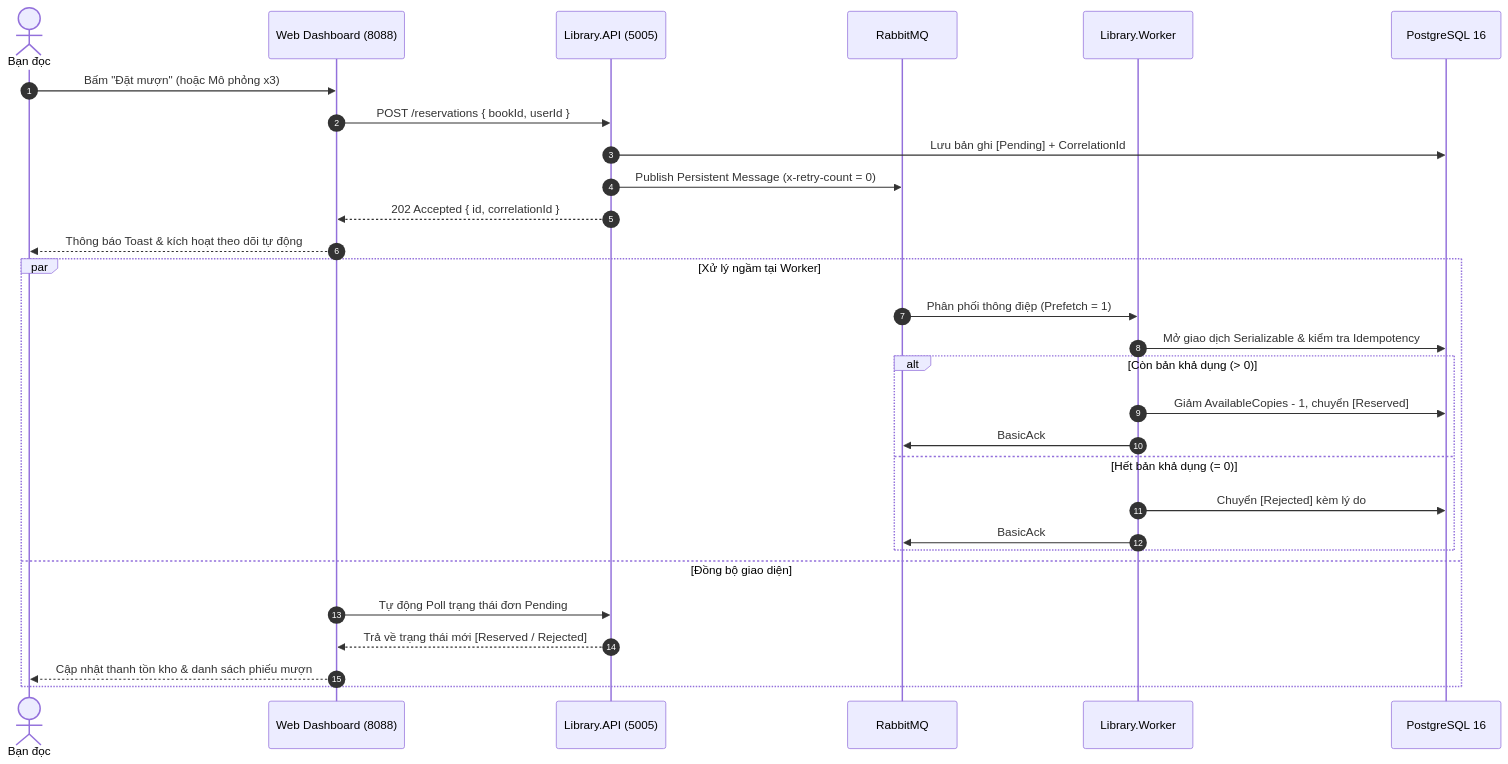
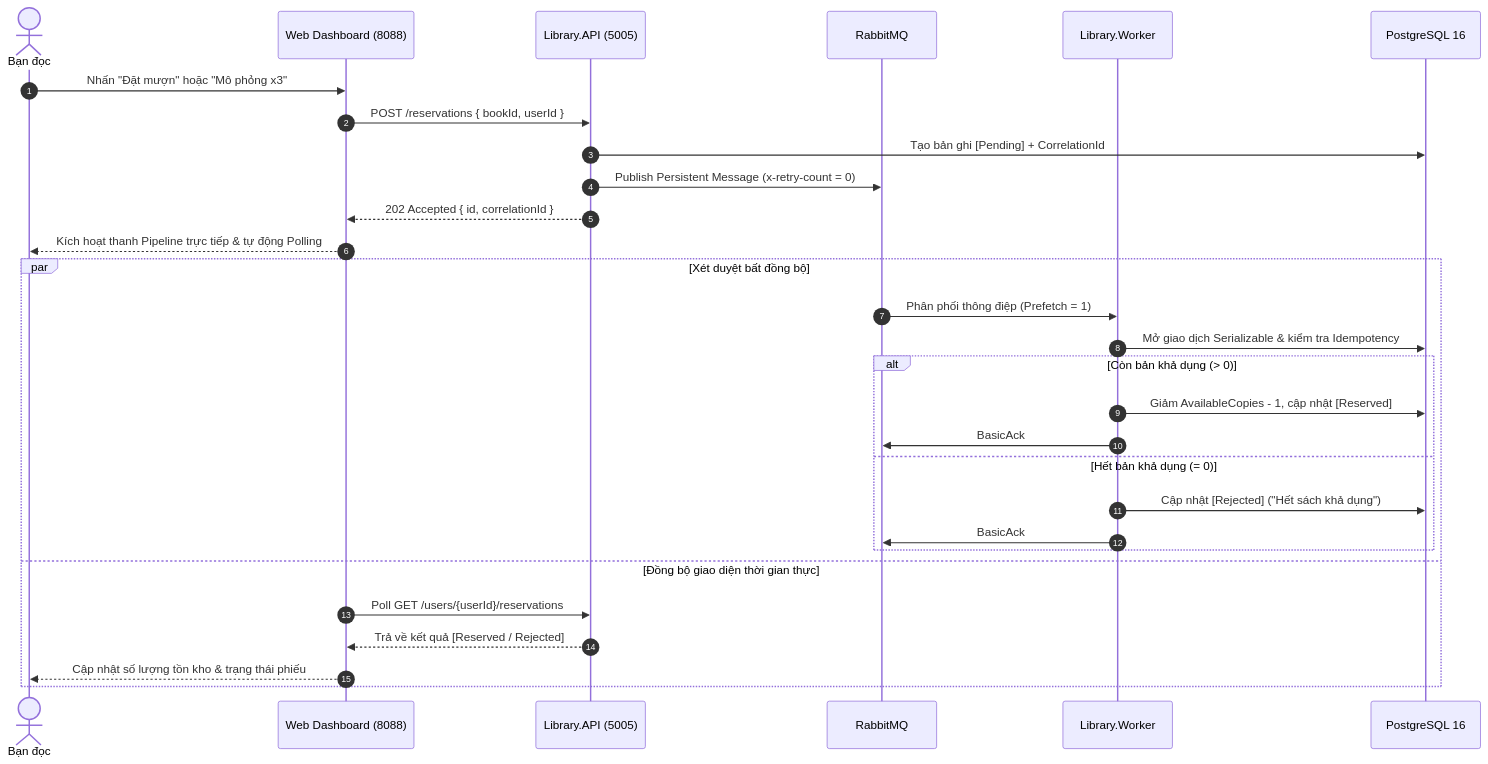
The third of 3 diagrams in README.md (azmedia2006/distributed-library-reservation-v2), drawn with Mermaid before and after one commit. The commit also changed other lines of this file and 3 other files, not shown here.

Commit message:
feat(ui,docs): add SVG hero & UI showcase banners, Dark Mode, Ctrl+K Command Palette, Live Pipeline, and Reader Directory

````diff
--- a/README.md
+++ b/README.md
@@ -131,33 +150,33 @@
 ```mermaid
 sequenceDiagram
     autonumber
     actor Reader as Bạn đọc
     participant UI as Web Dashboard (8088)
     participant API as Library.API (5005)
     participant MQ as RabbitMQ
     participant WK as Library.Worker
     participant PG as PostgreSQL 16
 
-    Reader->>UI: Bấm "Đặt mượn" (hoặc Mô phỏng x3)
+    Reader->>UI: Nhấn "Đặt mượn" hoặc "Mô phỏng x3"
     UI->>API: POST /reservations { bookId, userId }
-    API->>PG: Lưu bản ghi [Pending] + CorrelationId
+    API->>PG: Tạo bản ghi [Pending] + CorrelationId
     API->>MQ: Publish Persistent Message (x-retry-count = 0)
     API-->>UI: 202 Accepted { id, correlationId }
-    UI-->>Reader: Thông báo Toast & kích hoạt theo dõi tự động
+    UI-->>Reader: Kích hoạt thanh Pipeline trực tiếp & tự động Polling
 
-    par Xử lý ngầm tại Worker
+    par Xét duyệt bất đồng bộ
         MQ->>WK: Phân phối thông điệp (Prefetch = 1)
         WK->>PG: Mở giao dịch Serializable & kiểm tra Idempotency
         alt Còn bản khả dụng (> 0)
-            WK->>PG: Giảm AvailableCopies - 1, chuyển [Reserved]
+            WK->>PG: Giảm AvailableCopies - 1, cập nhật [Reserved]
             WK->>MQ: BasicAck
         else Hết bản khả dụng (= 0)
-            WK->>PG: Chuyển [Rejected] kèm lý do
+            WK->>PG: Cập nhật [Rejected] ("Hết sách khả dụng")
             WK->>MQ: BasicAck
         end
-    and Đồng bộ giao diện
-        UI->>API: Tự động Poll trạng thái đơn Pending
-        API-->>UI: Trả về trạng thái mới [Reserved / Rejected]
-        UI-->>Reader: Cập nhật thanh tồn kho & danh sách phiếu mượn
+    and Đồng bộ giao diện thời gian thực
+        UI->>API: Poll GET /users/{userId}/reservations
+        API-->>UI: Trả về kết quả [Reserved / Rejected]
+        UI-->>Reader: Cập nhật số lượng tồn kho & trạng thái phiếu
     end
 ```
````
